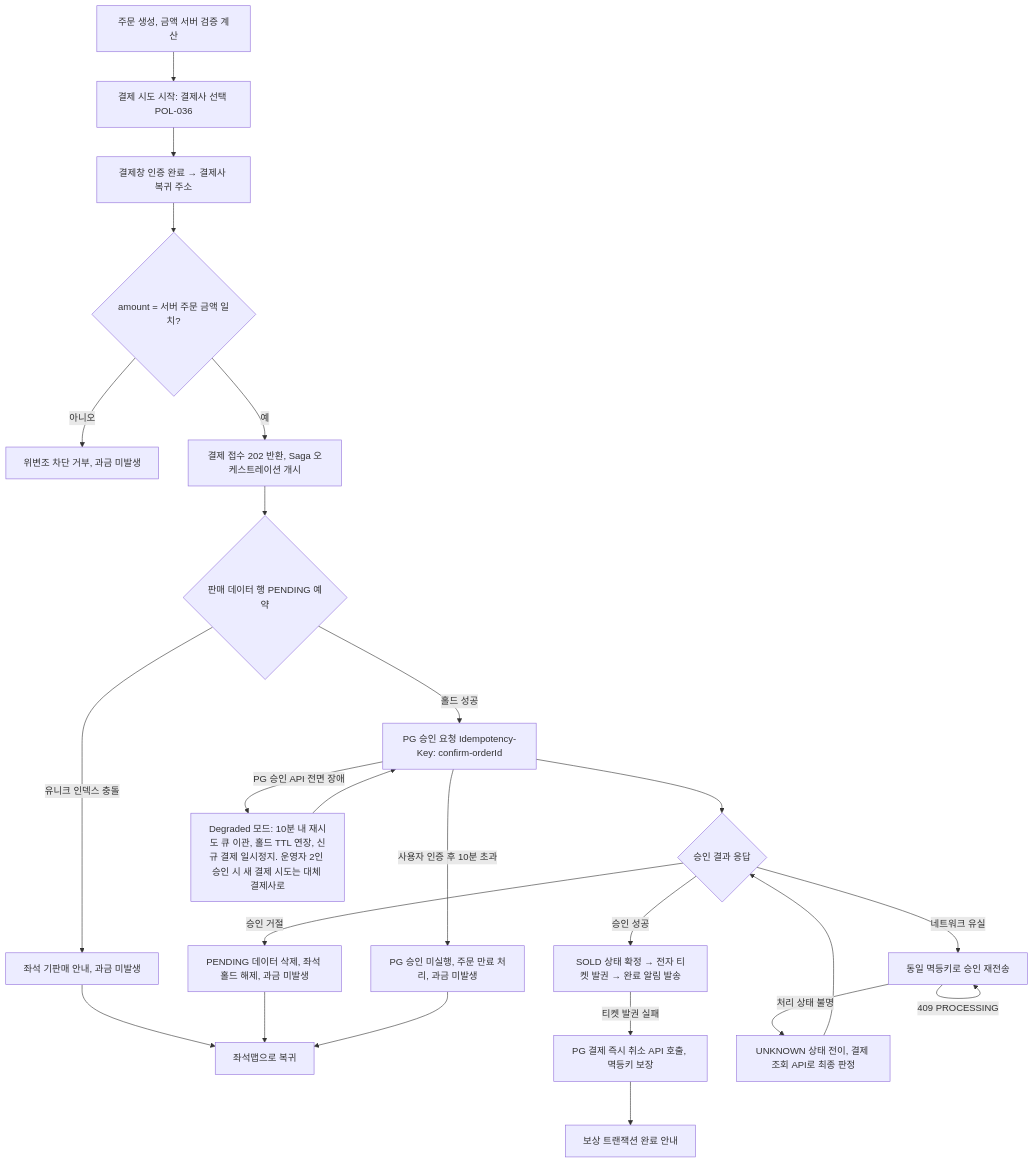
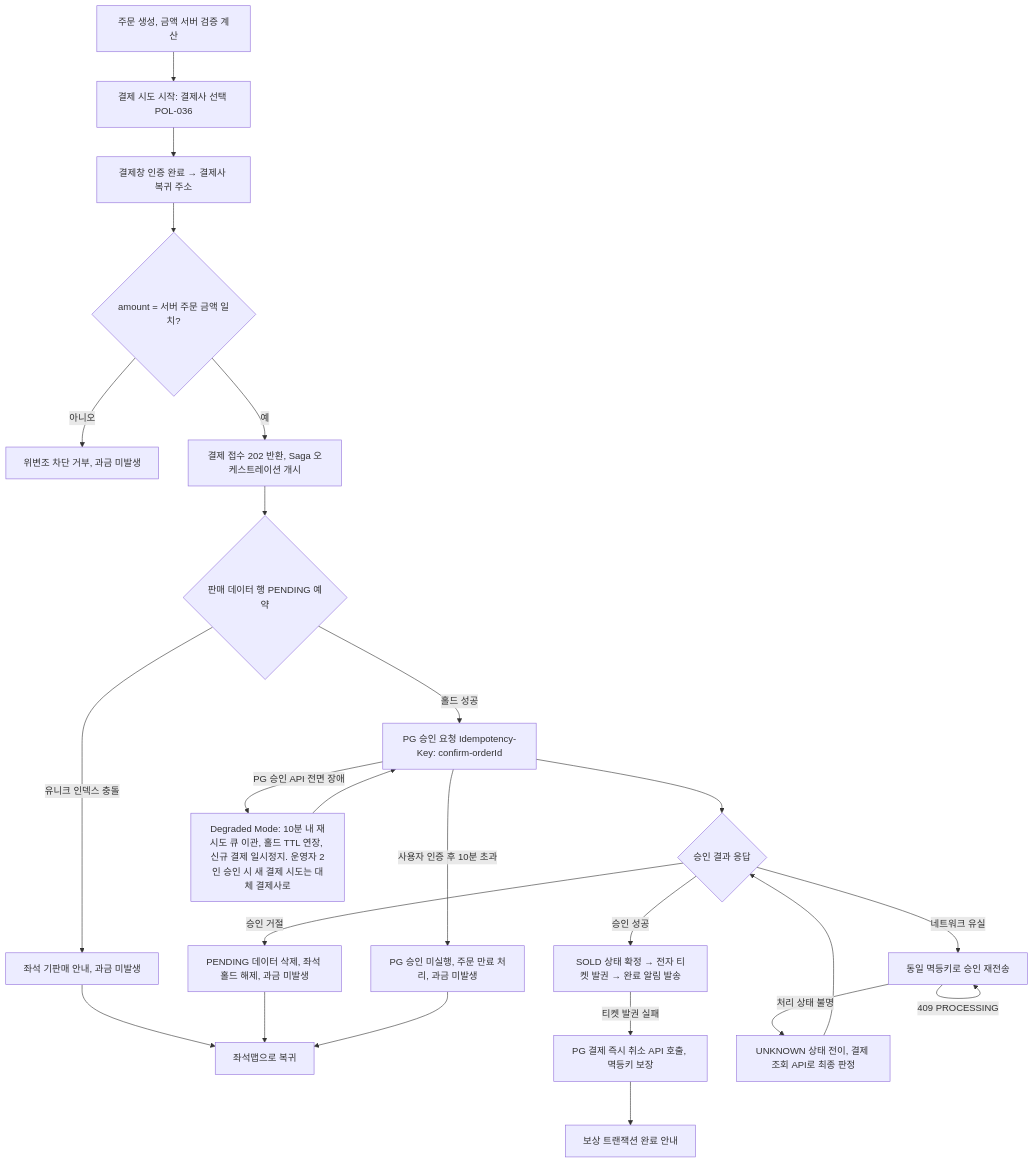
Before and after one commit to peaket/peaket: the third of 13 diagrams in planning/04-ia-flows-screens.md, drawn with Mermaid. The commit also changed other lines of this file and 65 other files, not shown here.

````diff
--- a/planning/04-ia-flows-screens.md
+++ b/planning/04-ia-flows-screens.md
@@ -171,19 +171,19 @@
 ```mermaid
 flowchart TD
     A[주문 생성, 금액 서버 검증 계산] --> A2[결제 시도 시작: 결제사 선택 POL-036] --> B[결제창 인증 완료 → 결제사 복귀 주소]
     B --> C{amount = 서버 주문 금액 일치?}
     C -- 아니오 --> X1[위변조 차단 거부, 과금 미발생]
     C -- 예 --> D[결제 접수 202 반환, Saga 오케스트레이션 개시]
     D --> E{판매 데이터 행 PENDING 예약}
     E -- 유니크 인덱스 충돌 --> X2[좌석 기판매 안내, 과금 미발생] --> P[좌석맵으로 복귀]
     E -- 홀드 성공 --> F[PG 승인 요청 Idempotency-Key: confirm-orderId]
     F --> G{승인 결과 응답}
     G -- 승인 성공 --> H[SOLD 상태 확정 → 전자 티켓 발권 → 완료 알림 발송]
     H -- 티켓 발권 실패 --> I[PG 결제 즉시 취소 API 호출, 멱등키 보장] --> X3[보상 트랜잭션 완료 안내]
     G -- 승인 거절 --> J[PENDING 데이터 삭제, 좌석 홀드 해제, 과금 미발생] --> P
     G -- 네트워크 유실 --> K[동일 멱등키로 승인 재전송]
     K -- 409 PROCESSING --> K
     K -- 처리 상태 불명 --> L[UNKNOWN 상태 전이, 결제 조회 API로 최종 판정] --> G
     F -- 사용자 인증 후 10분 초과 --> M[PG 승인 미실행, 주문 만료 처리, 과금 미발생] --> P
-    F -- PG 승인 API 전면 장애 --> N[Degraded 모드: 10분 내 재시도 큐 이관, 홀드 TTL 연장, 신규 결제 일시정지. 운영자 2인 승인 시 새 결제 시도는 대체 결제사로] --> F
+    F -- PG 승인 API 전면 장애 --> N[Degraded Mode: 10분 내 재시도 큐 이관, 홀드 TTL 연장, 신규 결제 일시정지. 운영자 2인 승인 시 새 결제 시도는 대체 결제사로] --> F
 ```
````
